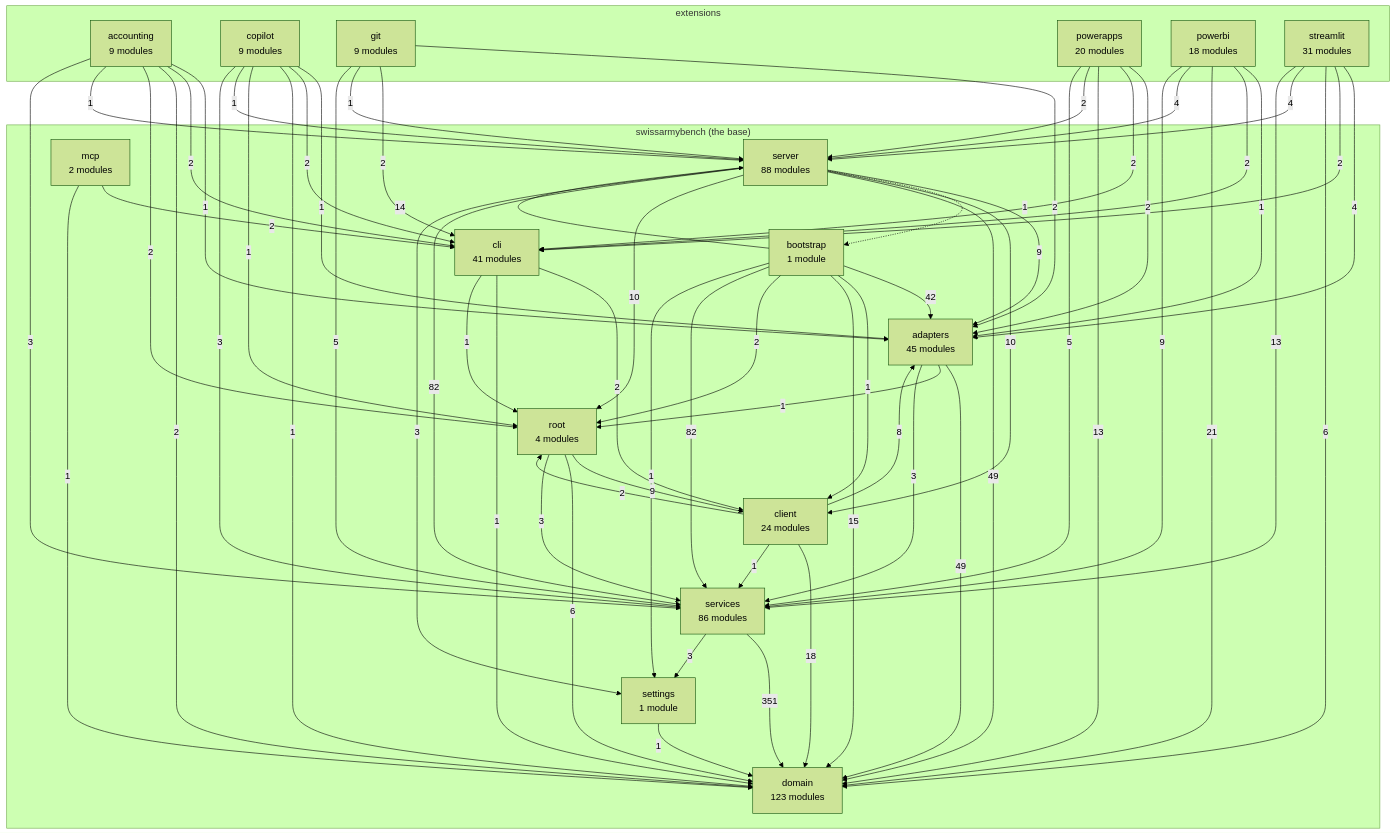
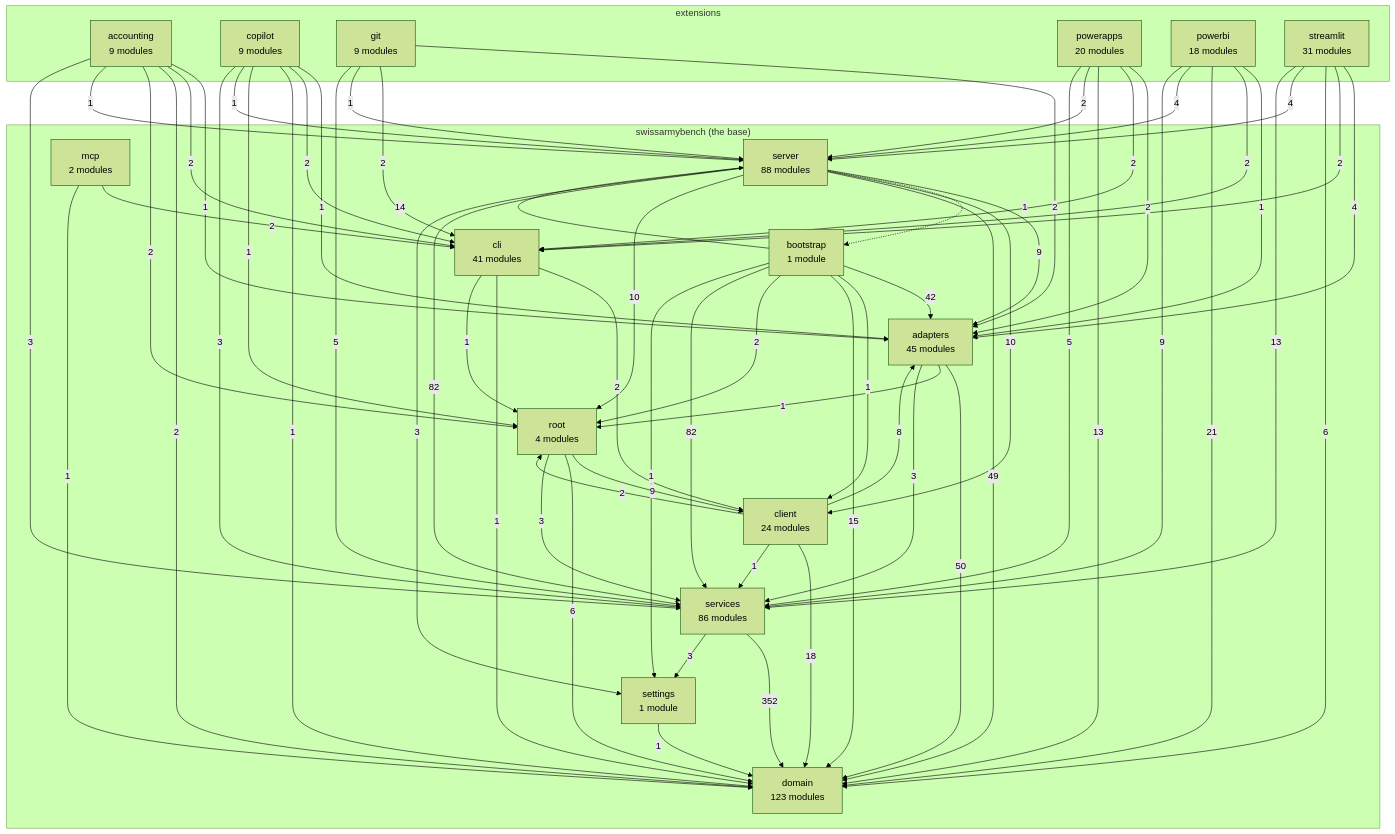
Before and after one commit to DylanCodyBrown/SwissArmyBench: the diagram in docs/architecture-map.md, drawn with Mermaid (forest theme). The commit also changed other lines of this file, not shown here.

Commit message:
The architecture map current
Claude-Session: https://claude.ai/code/session_01FWQnp3dtRkEnByKM6kHori

````diff
--- a/docs/architecture-map.md
+++ b/docs/architecture-map.md
@@ -36,7 +36,7 @@
         ext_powerbi["powerbi<br/>18 modules"]
         ext_streamlit["streamlit<br/>31 modules"]
     end
-    adapters -->|49| domain
+    adapters -->|50| domain
     adapters -->|1| root
     adapters -->|3| services
     bootstrap -->|42| adapters
@@ -96,7 +96,7 @@
     server -->|10| root
     server -->|82| services
     server -->|3| settings
-    services -->|351| domain
+    services -->|352| domain
     services -->|3| settings
     settings -->|1| domain
 ```
````
